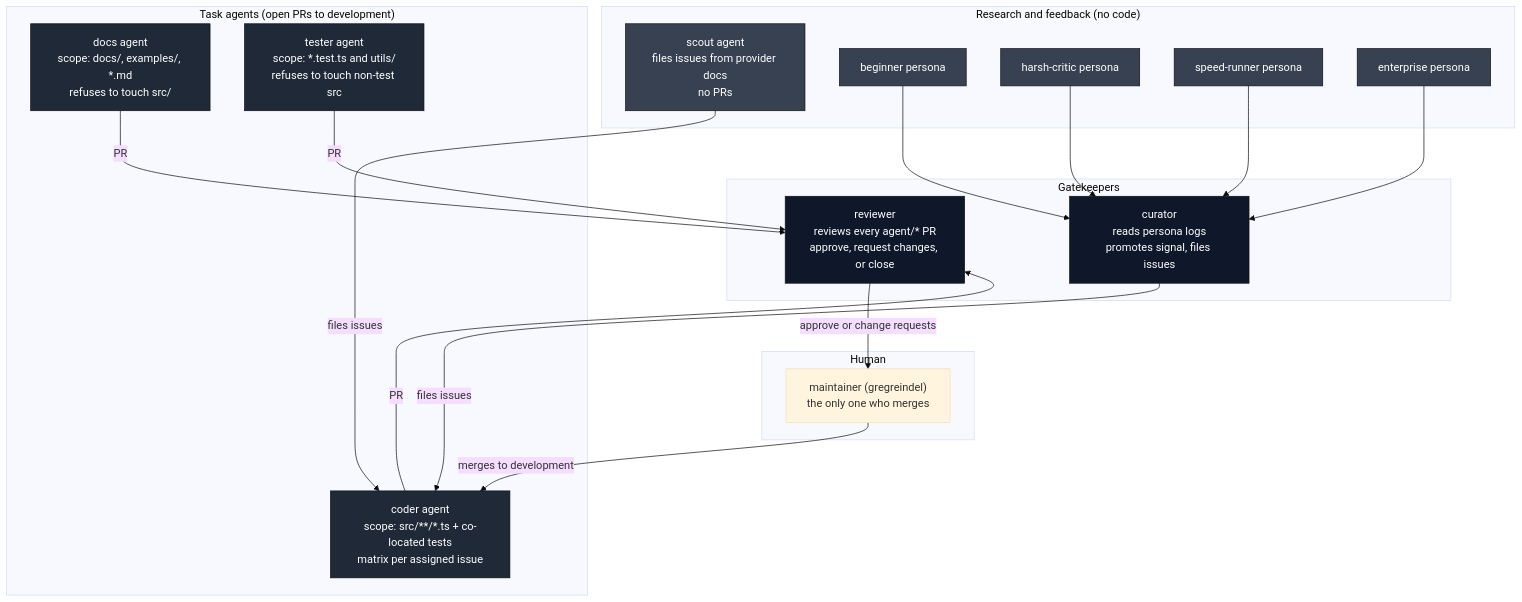
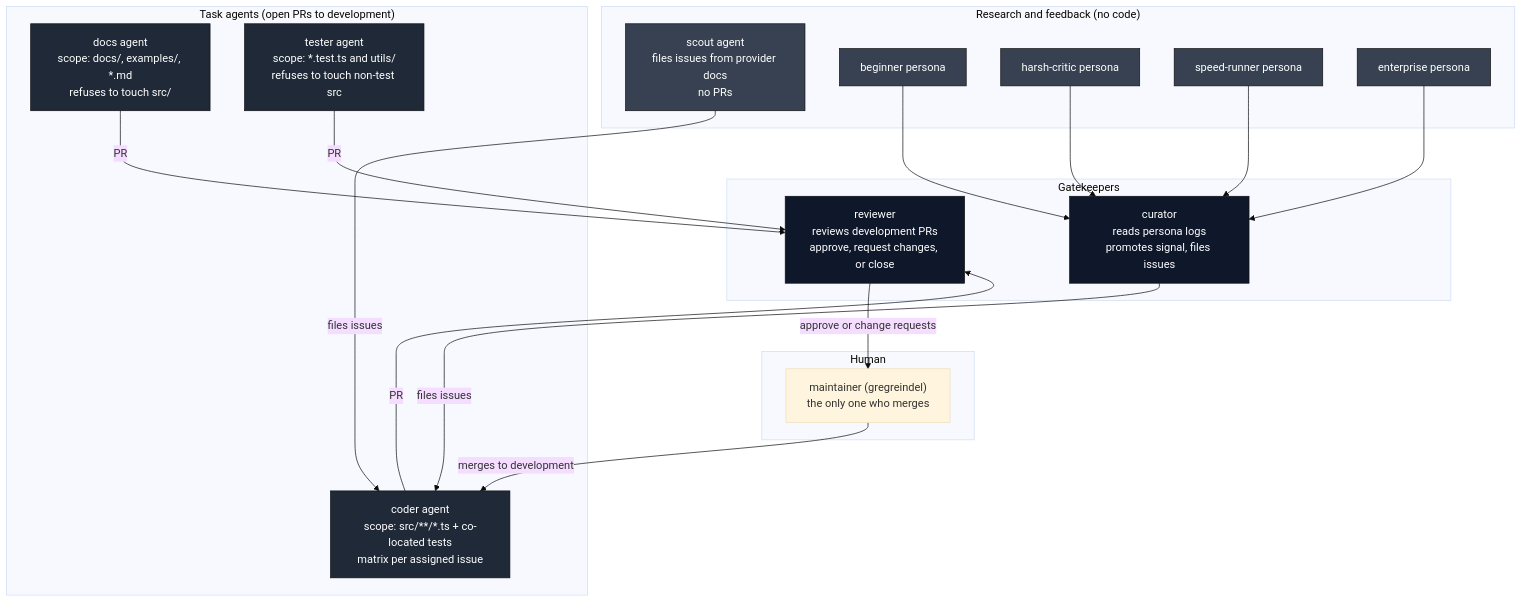
One commit to gregreindel/llm-exe changed the seventh of 16 diagrams in .github/docs/WORKFLOW_ARCHITECTURE.md. Above: the diagram before and after it, drawn with Mermaid (base theme). The commit also changed other lines of this file and 2 other files, not shown here.

````diff
--- a/.github/docs/WORKFLOW_ARCHITECTURE.md
+++ b/.github/docs/WORKFLOW_ARCHITECTURE.md
@@ -515,41 +525,41 @@
 ```mermaid
 flowchart TB
     classDef writer fill:#1f2937,color:#fff,stroke:#111
     classDef readonly fill:#374151,color:#fff,stroke:#111
     classDef meta fill:#0f172a,color:#fff,stroke:#111
 
     subgraph taskagents["Task agents (open PRs to development)"]
         docs["docs agent\nscope: docs/, examples/, *.md\nrefuses to touch src/"]:::writer
         tester["tester agent\nscope: *.test.ts and utils/\nrefuses to touch non-test src"]:::writer
         coder["coder agent\nscope: src/**/*.ts + co-located tests\nmatrix per assigned issue"]:::writer
     end
 
     subgraph research["Research and feedback (no code)"]
         scout["scout agent\nfiles issues from provider docs\nno PRs"]:::readonly
         beginner["beginner persona"]:::readonly
         critic["harsh-critic persona"]:::readonly
         speed["speed-runner persona"]:::readonly
         enterprise["enterprise persona"]:::readonly
     end
 
     subgraph gatekeepers["Gatekeepers"]
         curator["curator\nreads persona logs\npromotes signal, files issues"]:::meta
-        reviewer["reviewer\nreviews every agent/* PR\napprove, request changes, or close"]:::meta
+        reviewer["reviewer\nreviews development PRs\napprove, request changes, or close"]:::meta
     end
 
     subgraph human["Human"]
         maint["maintainer (gregreindel)\nthe only one who merges"]
     end
 
     beginner --> curator
     critic --> curator
     speed --> curator
     enterprise --> curator
     curator -- files issues --> coder
     scout -- files issues --> coder
     coder -- PR --> reviewer
     docs -- PR --> reviewer
     tester -- PR --> reviewer
     reviewer -- approve or change requests --> maint
     maint -- merges to development --> coder
 ```
````
